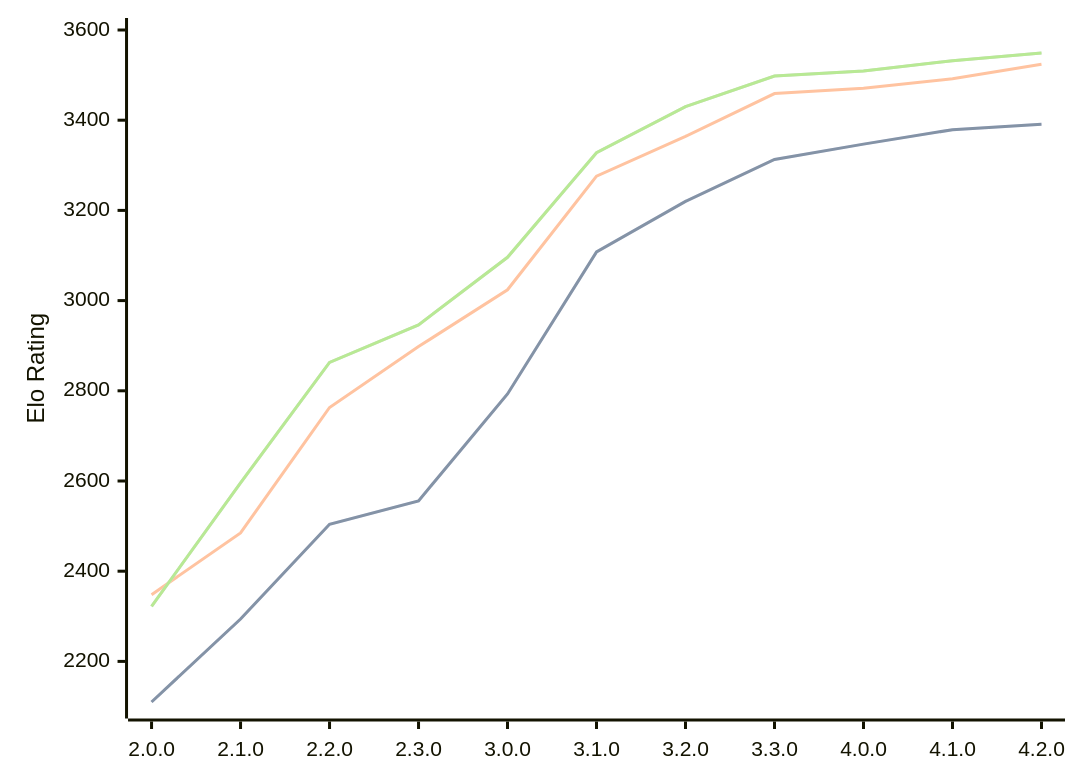
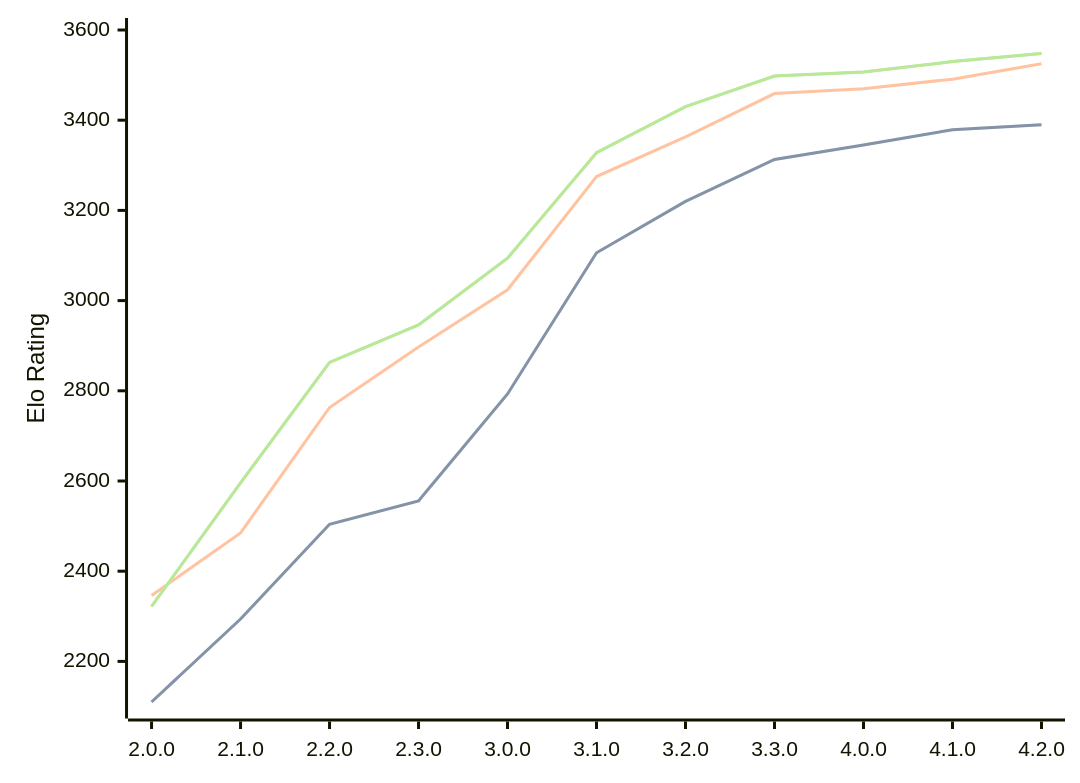
Before and after one commit to computer-chess-index/cci: the diagram in engines/Raphael.md, drawn with Mermaid. The commit also changed other lines of this file, not shown here.

Commit message:
Update CCI Ratings (ELO VLTC) - 2026-08-03

````diff
--- a/engines/Raphael.md
+++ b/engines/Raphael.md
@@ -53,11 +53,11 @@
 ```mermaid
 %%{init: {"theme":"base","themeVariables":{"seriesColors:['#a3a3a3','#222221','#faa371']}}}%%
 xychart-beta
   x-axis ["2.0.0", "2.1.0", "2.2.0", "2.3.0", "3.0.0", "3.1.0", "3.2.0", "3.3.0", "4.0.0", "4.1.0", "4.2.0"]
   y-axis "Elo Rating" 2100 --> 3600
-  line "STC (8.0+0.08s)" [2110, 2294, 2504, 2556, 2793, 3108, 3220, 3313, 3347, 3379, 3391]
-  line "STC (8.0+0.08s)" [2110, 2294, 2504, 2556, 2793, 3108, 3220, 3313, 3347, 3379, 3391]
-  line "LTC (60.0+0.60s)" [2348, 2485, 2763, 2898, 3024, 3276, 3364, 3459, 3471, 3492, 3524]
-  line "VLTC (2m24s+1.12s)" [2322, 2596, 2863, 2946, 3096, 3328, 3430, 3498, 3509, 3532, 3549]
-  line "VLTC (2m24s+1.12s)" [2322, 2596, 2863, 2946, 3096, 3328, 3430, 3498, 3509, 3532, 3549]
+  line "STC (8.0+0.08s)" [2110, 2294, 2504, 2556, 2793, 3106, 3220, 3313, 3345, 3379, 3390]
+  line "STC (8.0+0.08s)" [2110, 2294, 2504, 2556, 2793, 3106, 3220, 3313, 3345, 3379, 3390]
+  line "LTC (60.0+0.60s)" [2346, 2485, 2763, 2897, 3024, 3275, 3363, 3459, 3470, 3491, 3525]
+  line "VLTC (2m24s+1.12s)" [2322, 2596, 2863, 2946, 3094, 3328, 3430, 3498, 3507, 3530, 3548]
+  line "VLTC (2m24s+1.12s)" [2322, 2596, 2863, 2946, 3094, 3328, 3430, 3498, 3507, 3530, 3548]
 ```
````
